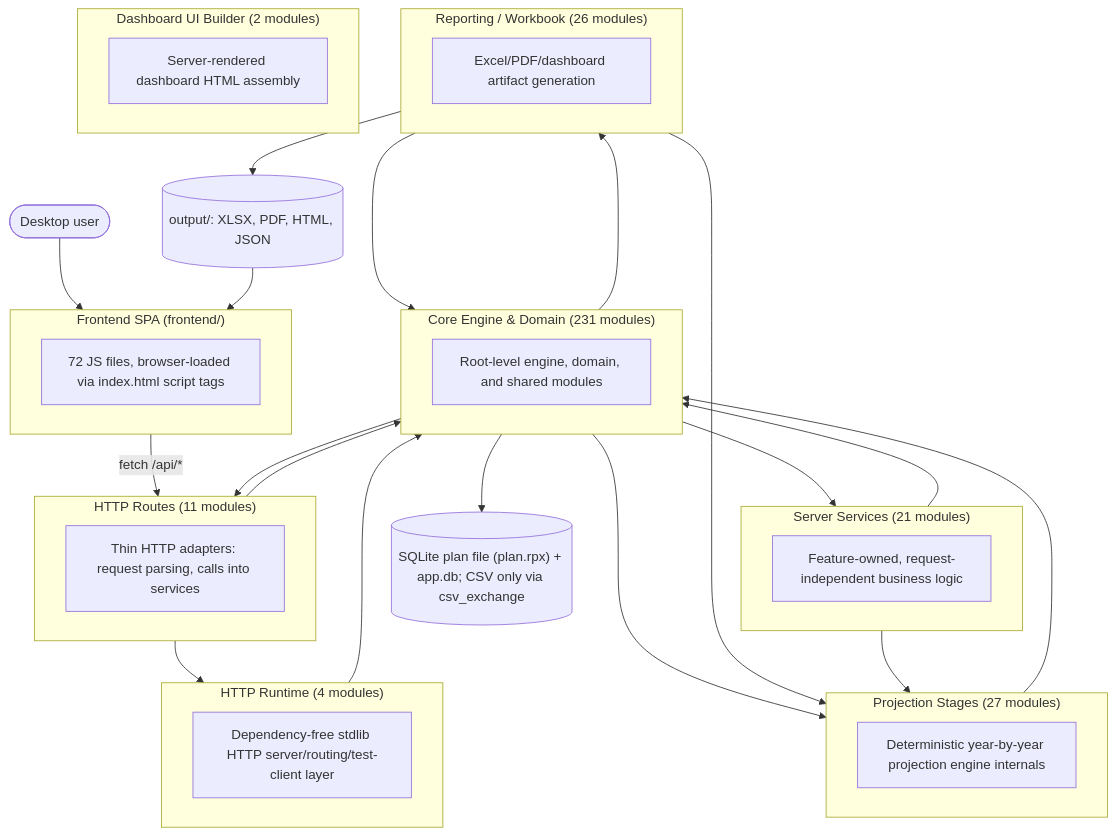
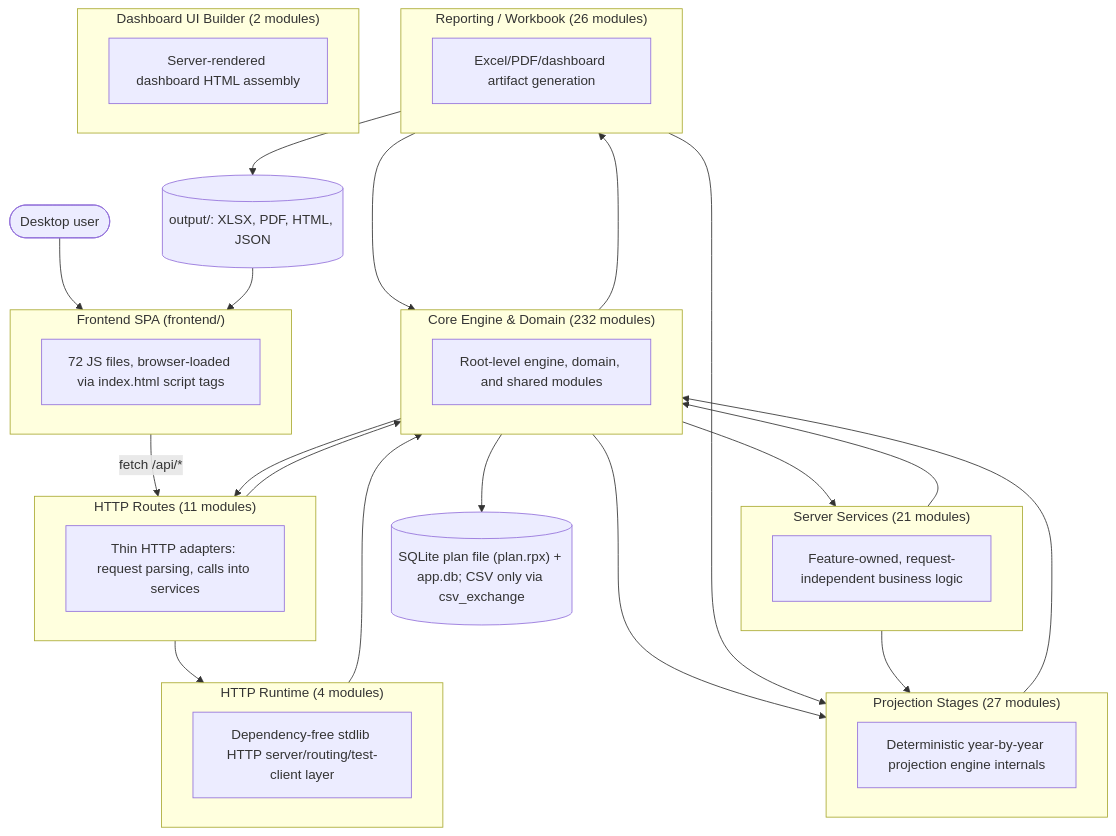
The first of 2 diagrams in documentation/reference/SYSTEM_ARCHITECTURE_DIAGRAM.md (matthartzman/retirement_system), drawn with Mermaid before and after one commit. The commit also changed other lines of this file and 32 other files, not shown here.

````diff
--- a/documentation/reference/SYSTEM_ARCHITECTURE_DIAGRAM.md
+++ b/documentation/reference/SYSTEM_ARCHITECTURE_DIAGRAM.md
@@ -11,44 +11,44 @@
 ```mermaid
 flowchart TB
     User(["Desktop user"]) --> FE
     subgraph FE["Frontend SPA (frontend/)"]
         FEcount["72 JS files, browser-loaded via index.html script tags"]
     end
     FE -->|fetch /api/*| L_HTTP_Routes
     subgraph L_HTTP_Routes["HTTP Routes (11 modules)"]
         L_HTTP_Routes_d["Thin HTTP adapters: request parsing, calls into services"]
     end
     subgraph L_Server_Services["Server Services (21 modules)"]
         L_Server_Services_d["Feature-owned, request-independent business logic"]
     end
     subgraph L_HTTP_Runtime["HTTP Runtime (4 modules)"]
         L_HTTP_Runtime_d["Dependency-free stdlib HTTP server/routing/test-client layer"]
     end
-    subgraph L_Core_Engine___Domain["Core Engine & Domain (231 modules)"]
+    subgraph L_Core_Engine___Domain["Core Engine & Domain (232 modules)"]
         L_Core_Engine___Domain_d["Root-level engine, domain, and shared modules"]
     end
     subgraph L_Projection_Stages["Projection Stages (27 modules)"]
         L_Projection_Stages_d["Deterministic year-by-year projection engine internals"]
     end
     subgraph L_Reporting___Workbook["Reporting / Workbook (26 modules)"]
         L_Reporting___Workbook_d["Excel/PDF/dashboard artifact generation"]
     end
     subgraph L_Dashboard_UI_Builder["Dashboard UI Builder (2 modules)"]
         L_Dashboard_UI_Builder_d["Server-rendered dashboard HTML assembly"]
     end
     L_Core_Engine___Domain --> L_HTTP_Routes
     L_Core_Engine___Domain --> L_Projection_Stages
     L_Core_Engine___Domain --> L_Reporting___Workbook
     L_Core_Engine___Domain --> L_Server_Services
     L_HTTP_Routes --> L_Core_Engine___Domain
     L_HTTP_Routes --> L_HTTP_Runtime
     L_HTTP_Runtime --> L_Core_Engine___Domain
     L_Projection_Stages --> L_Core_Engine___Domain
     L_Reporting___Workbook --> L_Core_Engine___Domain
     L_Reporting___Workbook --> L_Projection_Stages
     L_Server_Services --> L_Core_Engine___Domain
     L_Server_Services --> L_Projection_Stages
     L_Core_Engine___Domain --> DB[("SQLite plan file (plan.rpx) + app.db; CSV only via csv_exchange")]
     L_Reporting___Workbook --> Outputs[("output/: XLSX, PDF, HTML, JSON")]
     Outputs --> FE
 ```
````
